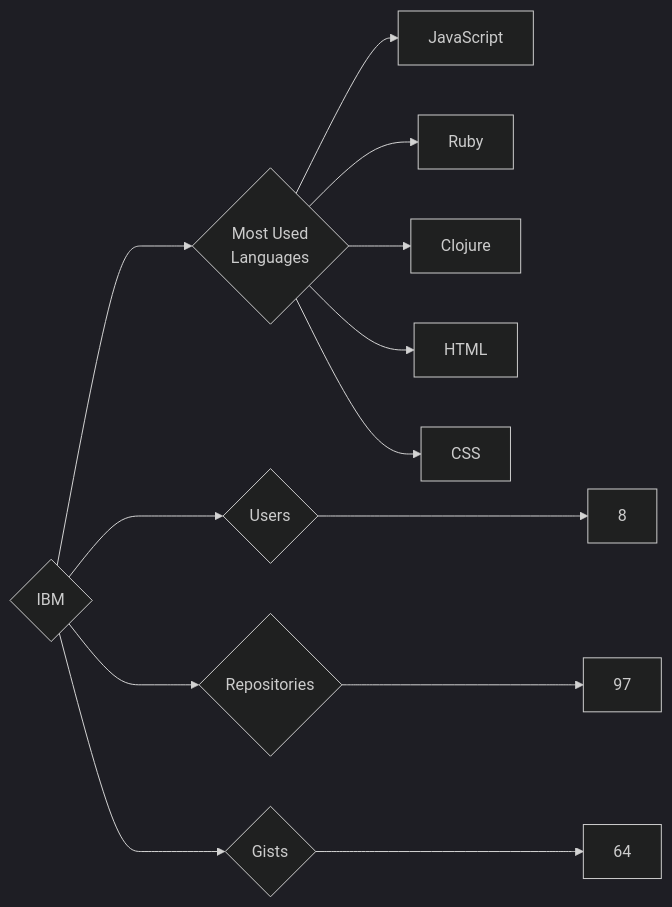
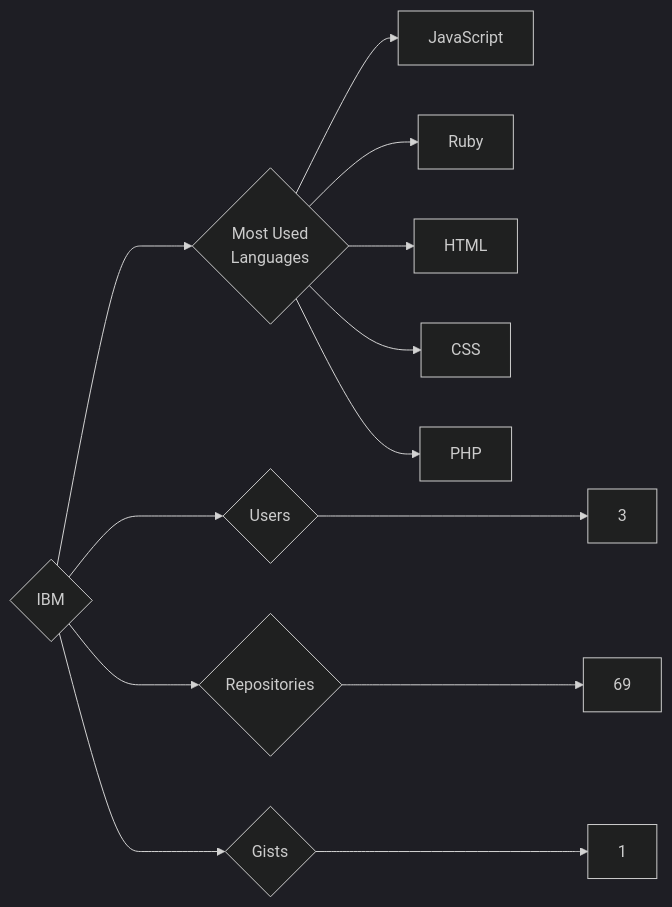
Before and after one commit to trickest/insiders: the diagram in targets/IBM/README.md, drawn with Mermaid (dark theme). The commit also changed 942 other files, not shown here.

````diff
--- a/targets/IBM/README.md
+++ b/targets/IBM/README.md
@@ -3,13 +3,13 @@
 ```mermaid
 graph LR
 COMPANY_NAME{IBM}
-COMPANY_NAME ---> U{Users} ---> UN[8]
-COMPANY_NAME ---> R{Repositories} ---> RN[97]
-COMPANY_NAME ---> G{Gists} ---> GN[64]
+COMPANY_NAME ---> U{Users} ---> UN[3]
+COMPANY_NAME ---> R{Repositories} ---> RN[69]
+COMPANY_NAME ---> G{Gists} ---> GN[1]
 COMPANY_NAME ---> ML{Most Used<br>Languages}
 ML --> JavaScript[JavaScript]
 ML --> Ruby[Ruby]
-ML --> Clojure[Clojure]
 ML --> HTML[HTML]
 ML --> CSS[CSS]
+ML --> PHP[PHP]
 ```
````
